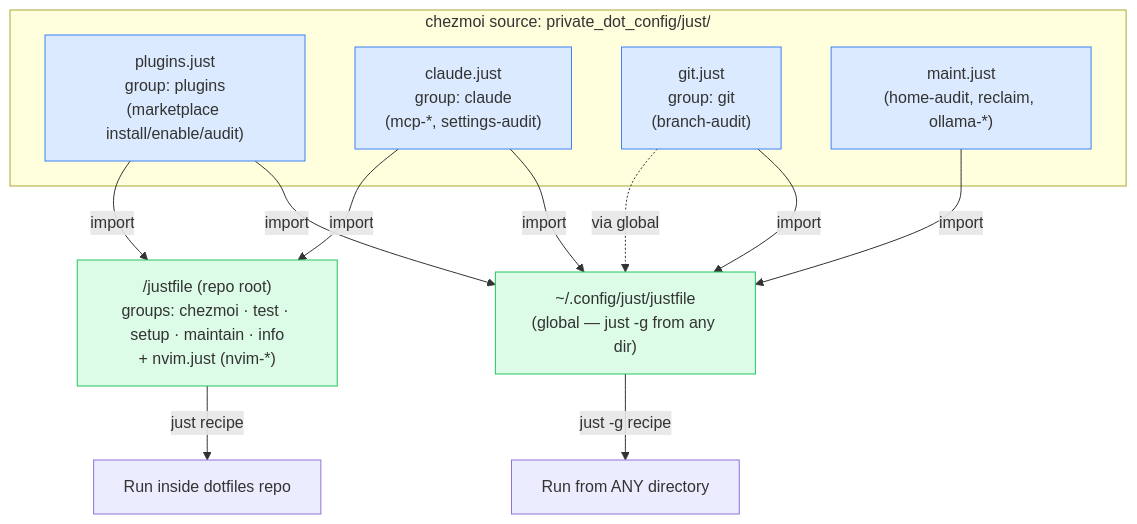
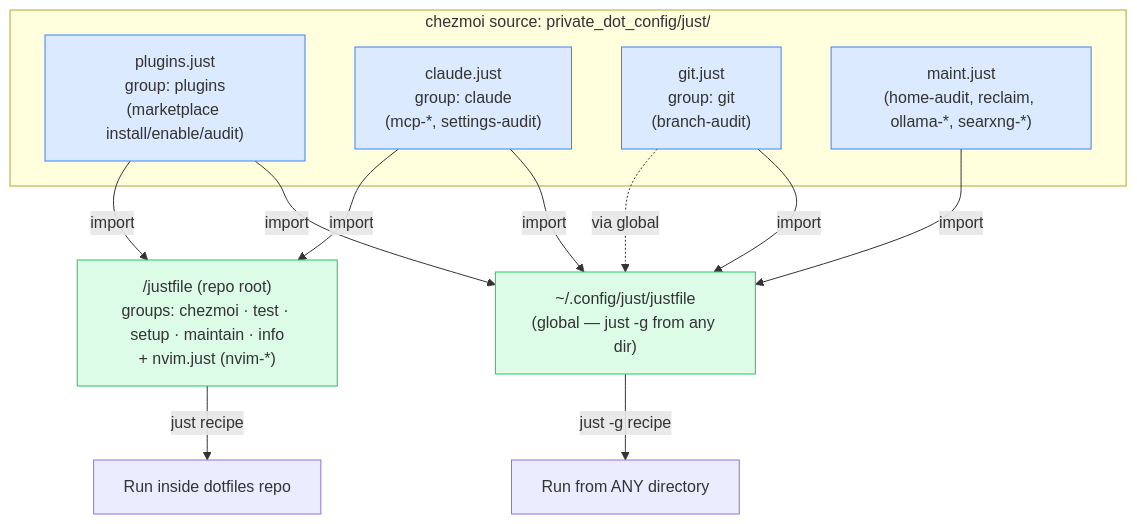
The first of 2 diagrams in docs/justfile-architecture.md (laurigates/dotfiles), drawn with Mermaid before and after one commit. The commit also changed other lines of this file and 10 other files, not shown here.

````diff
--- a/docs/justfile-architecture.md
+++ b/docs/justfile-architecture.md
@@ -21,28 +21,28 @@
 ```mermaid
 flowchart TD
     subgraph src["chezmoi source: private_dot_config/just/"]
         plugins["plugins.just<br/>group: plugins<br/>(marketplace install/enable/audit)"]
         claude["claude.just<br/>group: claude<br/>(mcp-*, settings-audit)"]
         git["git.just<br/>group: git<br/>(branch-audit)"]
-        maint["maint.just<br/>(home-audit, reclaim, ollama-*)"]
+        maint["maint.just<br/>(home-audit, reclaim, ollama-*, searxng-*)"]
     end
 
     root["/justfile (repo root)<br/>groups: chezmoi · test · setup · maintain · info<br/>+ nvim.just (nvim-*)"]
     global["~/.config/just/justfile<br/>(global — just -g from any dir)"]
 
     plugins -->|import| root
     claude  -->|import| root
     git -.->|via global| global
     plugins -->|import| global
     claude  -->|import| global
     git     -->|import| global
     maint   -->|import| global
 
     root -->|"just recipe"| dev["Run inside dotfiles repo"]
     global -->|"just -g recipe"| any["Run from ANY directory"]
 
     classDef mod fill:#dbeafe,stroke:#3b82f6;
     classDef entry fill:#dcfce7,stroke:#22c55e;
     class plugins,claude,git,maint mod;
     class root,global entry;
 ```
````
